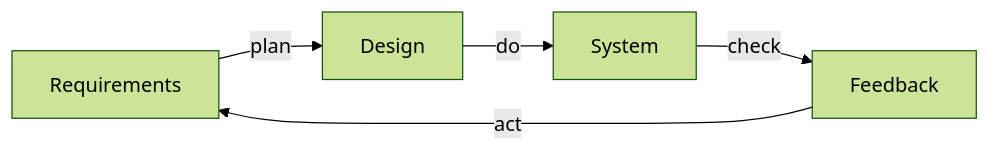
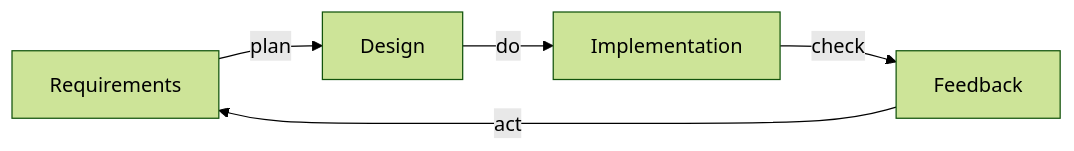
Before and after one commit to firstprinciplesthinking/paper_development_lifecycle: the third of 10 diagrams in README.md, drawn with Mermaid (forest theme). The commit also changed other lines of this file, not shown here.

Commit message:
Switch all diagrams to flows.

````diff
--- a/README.md
+++ b/README.md
@@ -64,12 +61,12 @@
 ```mermaid
    flowchart LR
     Requirements
     Design
-    System
+    Implementation
     Feedback
     
-    System--"check"-->Feedback
+    Implementation--"check"-->Feedback
     Feedback--"act"-->Requirements
     Requirements--"plan"-->Design
-    Design--"do"-->System
+    Design--"do"-->Implementation
 ```
````
